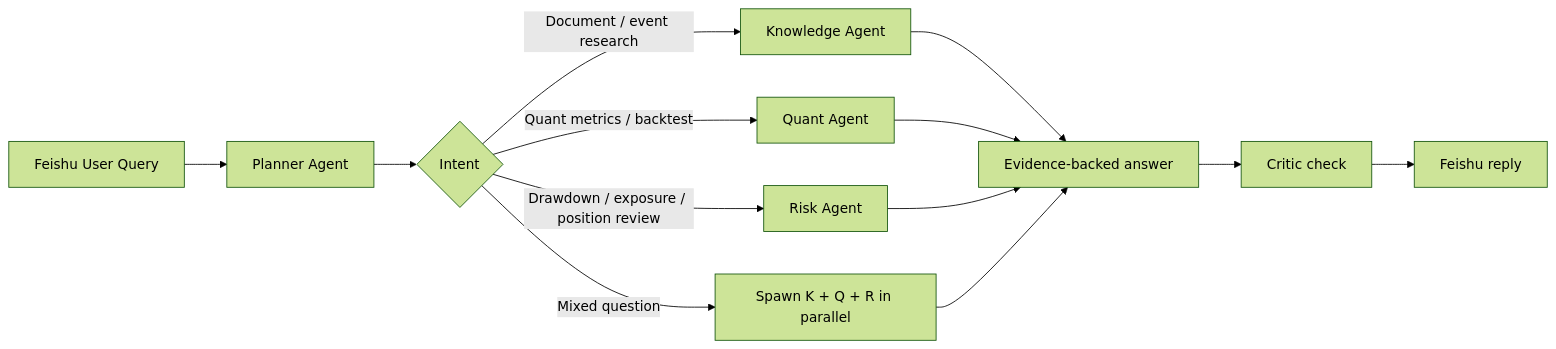
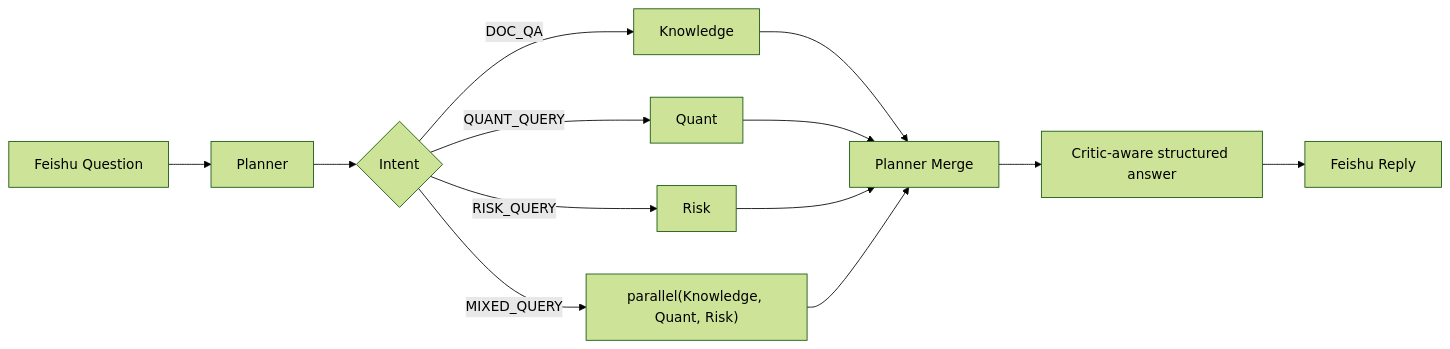
Before and after one commit to yuchangyuan1/openclaw-quant-agent: the third of 3 diagrams in openclaw-multi-agent-architecture.md, drawn with Mermaid (forest theme). The commit also changed other lines of this file and 13 other files, not shown here.

Commit message:
Update architecture and project documentation

````diff
--- a/openclaw-multi-agent-architecture.md
+++ b/openclaw-multi-agent-architecture.md
@@ -290,15 +270,15 @@
 ```mermaid
 flowchart LR
-  Q1["Feishu User Query"] --> P1["Planner Agent"]
+  Q1["Feishu Question"] --> P1["Planner"]
   P1 --> I1{"Intent"}
-  I1 -->|"Document / event research"| K1["Knowledge Agent"]
-  I1 -->|"Quant metrics / backtest"| Q2["Quant Agent"]
-  I1 -->|"Drawdown / exposure / position review"| R2["Risk Agent"]
-  I1 -->|"Mixed question"| M1["Spawn K + Q + R in parallel"]
-  K1 --> A1["Evidence-backed answer"]
+  I1 -->|"DOC_QA"| K1["Knowledge"]
+  I1 -->|"QUANT_QUERY"| Q2["Quant"]
+  I1 -->|"RISK_QUERY"| R2["Risk"]
+  I1 -->|"MIXED_QUERY"| M1["parallel(Knowledge, Quant, Risk)"]
+  K1 --> A1["Planner Merge"]
   Q2 --> A1
   R2 --> A1
   M1 --> A1
-  A1 --> C1["Critic check"]
-  C1 --> F1["Feishu reply"]
+  A1 --> C1["Critic-aware structured answer"]
+  C1 --> F1["Feishu Reply"]
 ```
````
